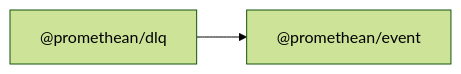
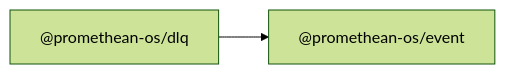
Before and after one commit to octave-commons/promethean: the diagram in docs/packages/dlq/README.md, drawn with Mermaid (forest theme). The commit also changed other lines of this file and 1753 other files, not shown here.

````diff
--- a/docs/packages/dlq/README.md
+++ b/docs/packages/dlq/README.md
@@ -14,7 +14,7 @@
 ```mermaid
 graph LR
-  A["@promethean/dlq"]
-  D1["@promethean/event"]
-  A --> D1["@promethean/event"]
-  click D1 "../event/README.md" "@promethean/event"
+  A["@promethean-os/dlq"]
+  D1["@promethean-os/event"]
+  A --> D1["@promethean-os/event"]
+  click D1 "../event/README.md" "@promethean-os/event"
 ```
````
